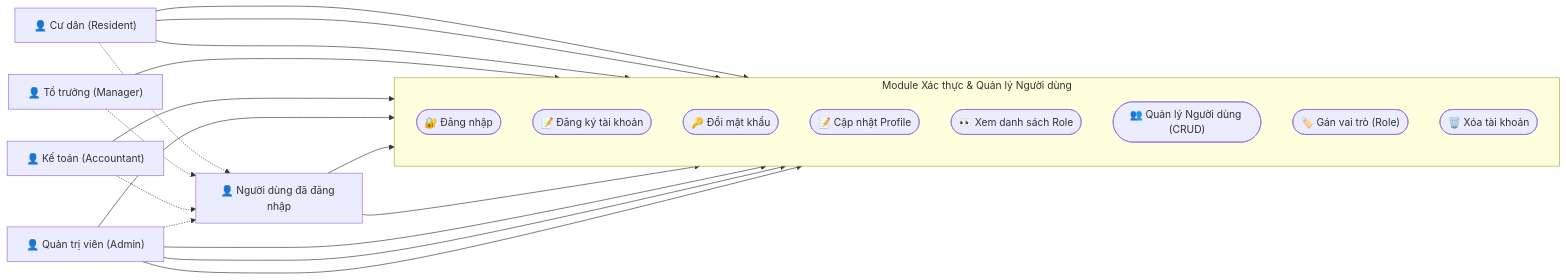
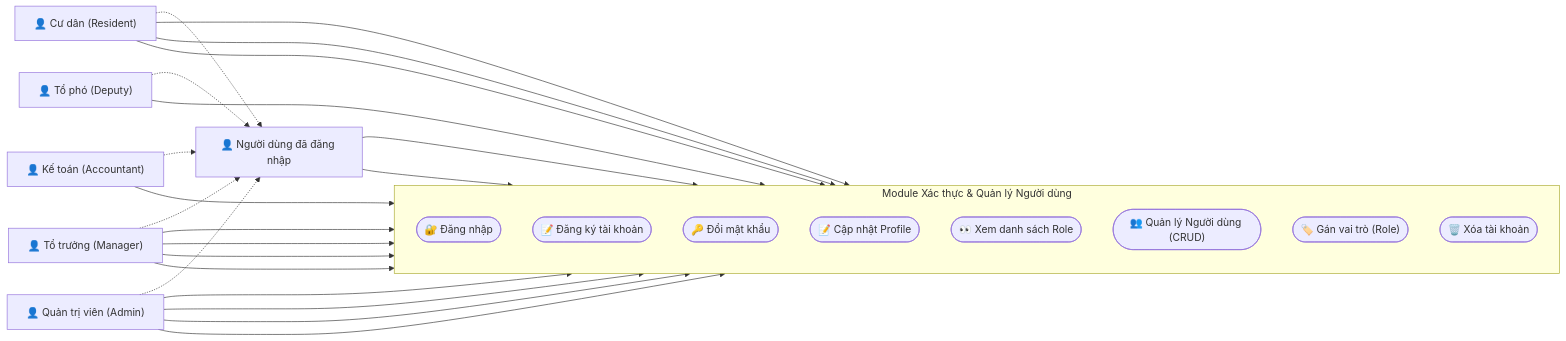
The diagram in specs/usecase_auth.md (anhtranguyen-github/DarkSun), drawn with Mermaid before and after one commit. The commit also changed 4 other files, not shown here.

````diff
--- a/specs/usecase_auth.md
+++ b/specs/usecase_auth.md
@@ -3,48 +3,56 @@
 ```mermaid
 graph LR
     %% Actors
     Resident["👤 Cư dân (Resident)"]
     Manager["👤 Tổ trưởng (Manager)"]
+    Deputy["👤 Tổ phó (Deputy)"]
     Accountant["👤 Kế toán (Accountant)"]
     Admin["👤 Quản trị viên (Admin)"]
     
     %% Abstract Actor
     AuthenticatedUser["👤 Người dùng đã đăng nhập"]
 
     %% System
     subgraph Module ["Module Xác thực & Quản lý Người dùng"]
         direction TB
         UC_Login(["🔐 Đăng nhập"])
         UC_Register(["📝 Đăng ký tài khoản"])
         UC_ChangePass(["🔑 Đổi mật khẩu"])
         UC_UpdateProfile(["📝 Cập nhật Profile"])
         UC_ViewRoles(["👀 Xem danh sách Role"])
         UC_CRUD_User(["👥 Quản lý Người dùng (CRUD)"])
         UC_AssignRole(["🏷️ Gán vai trò (Role)"])
         UC_DeleteUser(["🗑️ Xóa tài khoản"])
     end
 
     %% Relationships - Public
     Resident --> UC_Login
     Resident --> UC_Register
     Resident --> UC_ViewRoles
     
     Manager --> UC_Login
+    Deputy --> UC_Login
     Accountant --> UC_Login
     Admin --> UC_Login
 
     %% Relationships - Authenticated Shared
     AuthenticatedUser --> UC_ChangePass
     AuthenticatedUser --> UC_UpdateProfile
 
     %% Inheritance (All roles are Authenticated Users)
     Resident -.-> AuthenticatedUser
     Manager -.-> AuthenticatedUser
+    Deputy -.-> AuthenticatedUser
     Accountant -.-> AuthenticatedUser
     Admin -.-> AuthenticatedUser
 
-    %% Relationships - Admin Specific
+    %% Relationships - Management
+    Manager --> UC_CRUD_User
+    Manager --> UC_AssignRole
+    Manager --> UC_DeleteUser
+
+    %% Relationships - Admin Specific (Inherits Manager rights implicitly or explicitly)
     Admin --> UC_CRUD_User
     Admin --> UC_AssignRole
     Admin --> UC_DeleteUser
 ```
````
